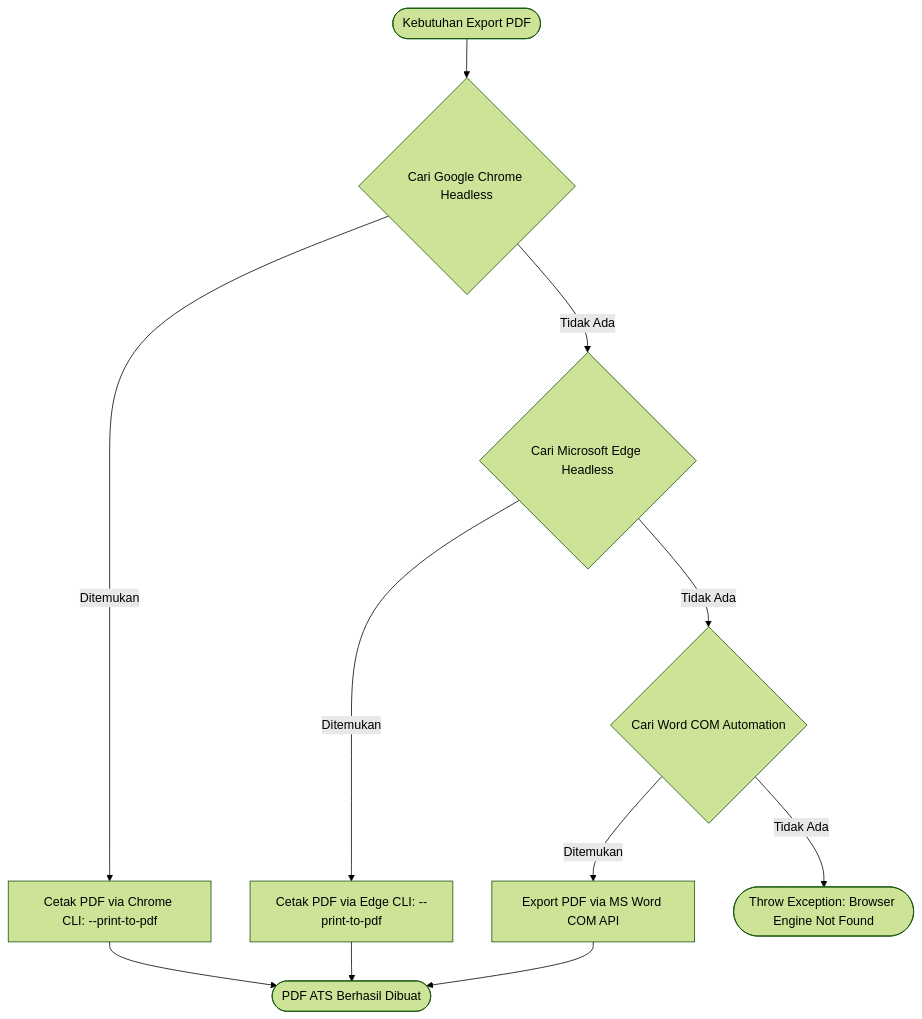
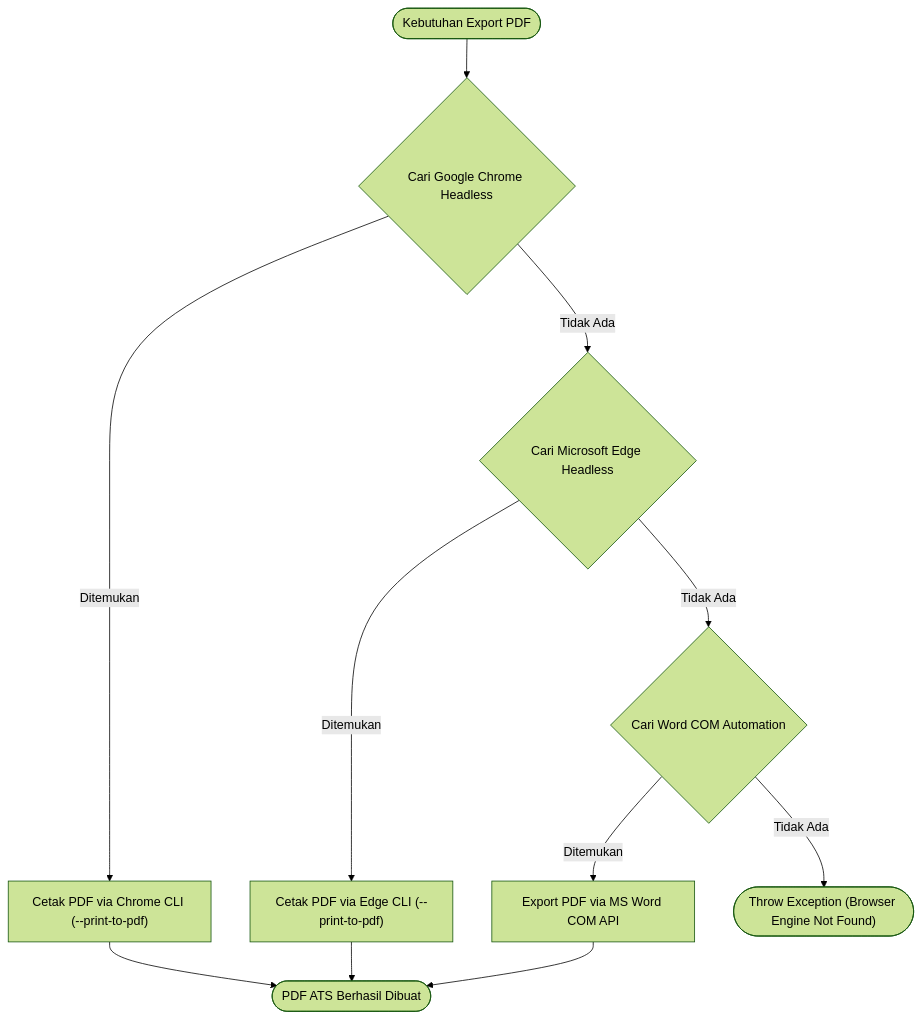
One commit to Trio-PENS-Otomatisasi-Pembuatan-CV/AutoCV-Robot changed the diagram in Docs/Document-Engine-Technical-Spec.md. Above: the diagram before and after it, drawn with Mermaid (forest theme). The commit also changed 5 other files, not shown here.

Commit message:
docs: enhance comprehensive technical architecture and workflow documentation

````diff
--- a/Docs/Document-Engine-Technical-Spec.md
+++ b/Docs/Document-Engine-Technical-Spec.md
@@ -59,13 +59,13 @@
 ```mermaid
 flowchart TD
-    Start([Kebutuhan Export PDF]) --> CheckChrome{Cari Google Chrome Headless}
-    CheckChrome -->|Ditemukan| PrintChrome[Cetak PDF via Chrome CLI: --print-to-pdf]
-    CheckChrome -->|Tidak Ada| CheckEdge{Cari Microsoft Edge Headless}
-    CheckEdge -->|Ditemukan| PrintEdge[Cetak PDF via Edge CLI: --print-to-pdf]
-    CheckEdge -->|Tidak Ada| CheckWord{Cari Word COM Automation}
-    CheckWord -->|Ditemukan| PrintWord[Export PDF via MS Word COM API]
-    CheckWord -->|Tidak Ada| Error([Throw Exception: Browser Engine Not Found])
-    PrintChrome --> Done([PDF ATS Berhasil Dibuat])
+    Start(["Kebutuhan Export PDF"]) --> CheckChrome{"Cari Google Chrome Headless"}
+    CheckChrome -->|"Ditemukan"| PrintChrome["Cetak PDF via Chrome CLI (--print-to-pdf)"]
+    CheckChrome -->|"Tidak Ada"| CheckEdge{"Cari Microsoft Edge Headless"}
+    CheckEdge -->|"Ditemukan"| PrintEdge["Cetak PDF via Edge CLI (--print-to-pdf)"]
+    CheckEdge -->|"Tidak Ada"| CheckWord{"Cari Word COM Automation"}
+    CheckWord -->|"Ditemukan"| PrintWord["Export PDF via MS Word COM API"]
+    CheckWord -->|"Tidak Ada"| Error(["Throw Exception (Browser Engine Not Found)"])
+    PrintChrome --> Done(["PDF ATS Berhasil Dibuat"])
     PrintEdge --> Done
     PrintWord --> Done
 ```
````
